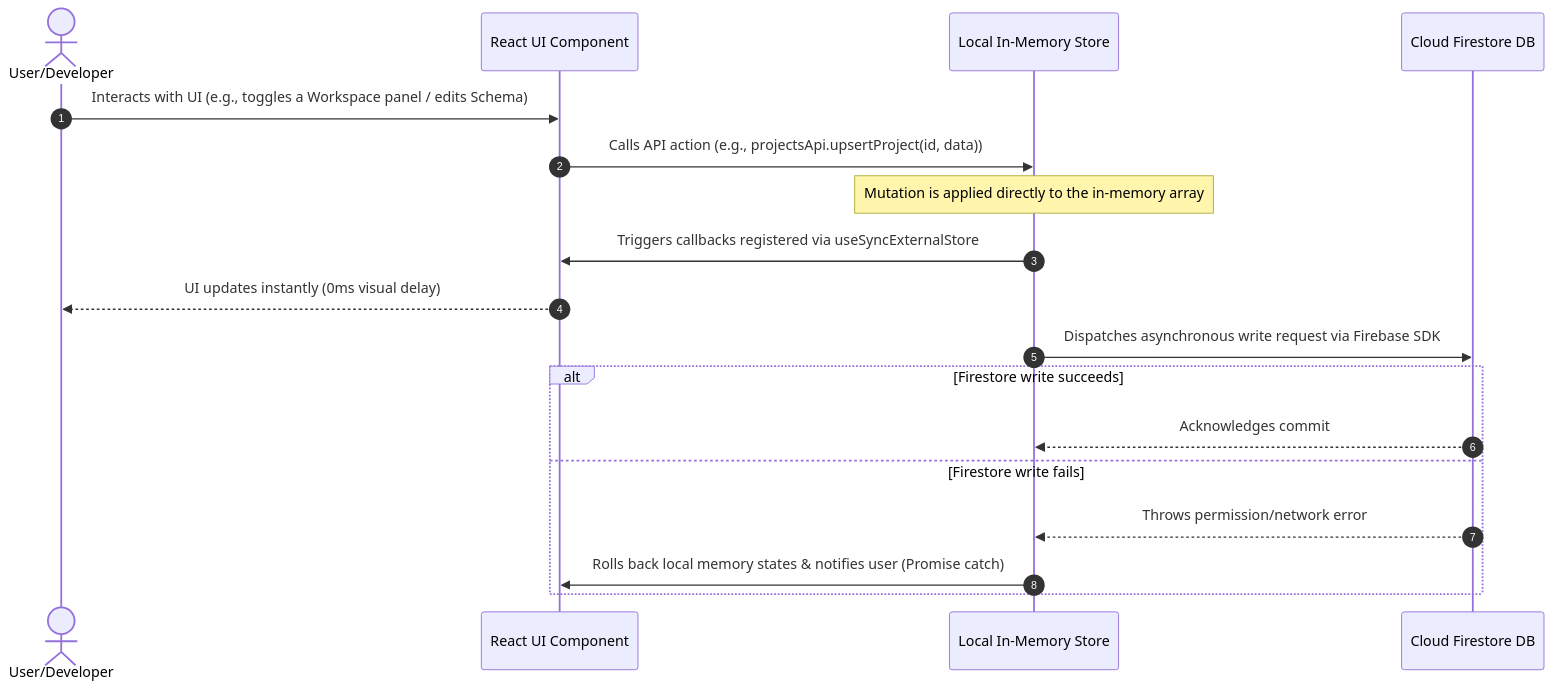
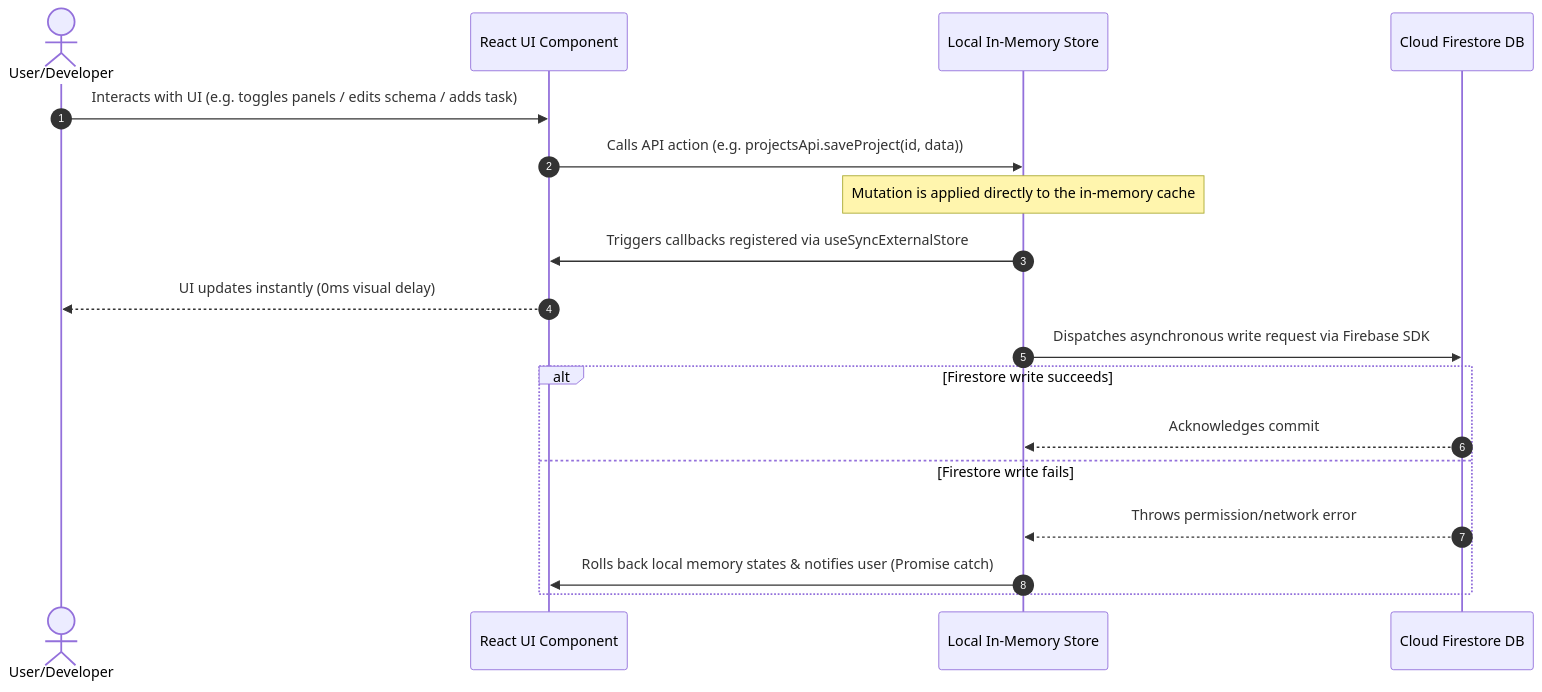
One commit to samayasri2005/Work-OS changed the second of 2 diagrams in README.md. Above: the diagram before and after it, drawn with Mermaid. The commit also changed other lines of this file and 5 other files, not shown here.

````diff
--- a/README.md
+++ b/README.md
@@ -123,21 +108,21 @@
 ```mermaid
 sequenceDiagram
     autonumber
     actor Developer as User/Developer
     participant View as React UI Component
     participant Store as Local In-Memory Store
     participant Firestore as Cloud Firestore DB
 
-    Developer->>View: Interacts with UI (e.g., toggles a Workspace panel / edits Schema)
-    View->>Store: Calls API action (e.g., projectsApi.upsertProject(id, data))
-    Note over Store: Mutation is applied directly to the in-memory array
+    Developer->>View: Interacts with UI (e.g. toggles panels / edits schema / adds task)
+    View->>Store: Calls API action (e.g. projectsApi.saveProject(id, data))
+    Note over Store: Mutation is applied directly to the in-memory cache
     Store->>View: Triggers callbacks registered via useSyncExternalStore
     View-->>Developer: UI updates instantly (0ms visual delay)
     Store->>Firestore: Dispatches asynchronous write request via Firebase SDK
     alt Firestore write succeeds
         Firestore-->>Store: Acknowledges commit
     else Firestore write fails
         Firestore-->>Store: Throws permission/network error
         Store->>View: Rolls back local memory states & notifies user (Promise catch)
     end
 ```
````
